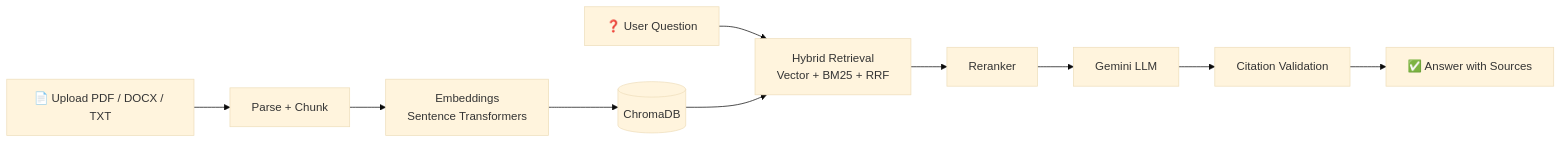
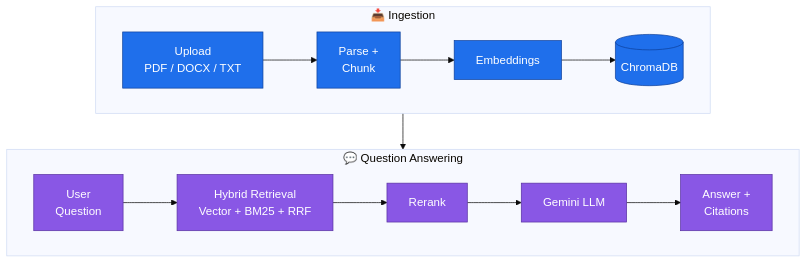
One commit to Roygautam8852/Roygautam8852 changed the first of 4 diagrams in README.md. Above: the diagram before and after it, drawn with Mermaid (base theme). The commit also changed other lines of this file, not shown here.

````diff
--- a/README.md
+++ b/README.md
@@ -146,12 +225,16 @@
 ```mermaid
-flowchart LR
-    A["📄 Upload PDF / DOCX / TXT"] --> B["Parse + Chunk"]
-    B --> C["Embeddings<br/>Sentence Transformers"]
-    C --> D[("ChromaDB")]
-    Q["❓ User Question"] --> R["Hybrid Retrieval<br/>Vector + BM25 + RRF"]
+flowchart TB
+    subgraph ING["📥 Ingestion"]
+        direction LR
+        A["Upload<br/>PDF / DOCX / TXT"] --> B["Parse +<br/>Chunk"] --> C["Embeddings"] --> D[("ChromaDB")]
+    end
+    subgraph QRY["💬 Question Answering"]
+        direction LR
+        Q["User<br/>Question"] --> R["Hybrid Retrieval<br/>Vector + BM25 + RRF"] --> RR["Rerank"] --> L["Gemini LLM"] --> O["Answer +<br/>Citations"]
+    end
     D --> R
-    R --> RR["Reranker"]
-    RR --> L["Gemini LLM"]
-    L --> V["Citation Validation"]
-    V --> O["✅ Answer with Sources"]
+    classDef a fill:#1f6feb,color:#fff,stroke:#0d419d
+    classDef b fill:#8957e5,color:#fff,stroke:#5a32a3
+    class A,B,C,D a
+    class Q,R,RR,L,O b
 ```
````
